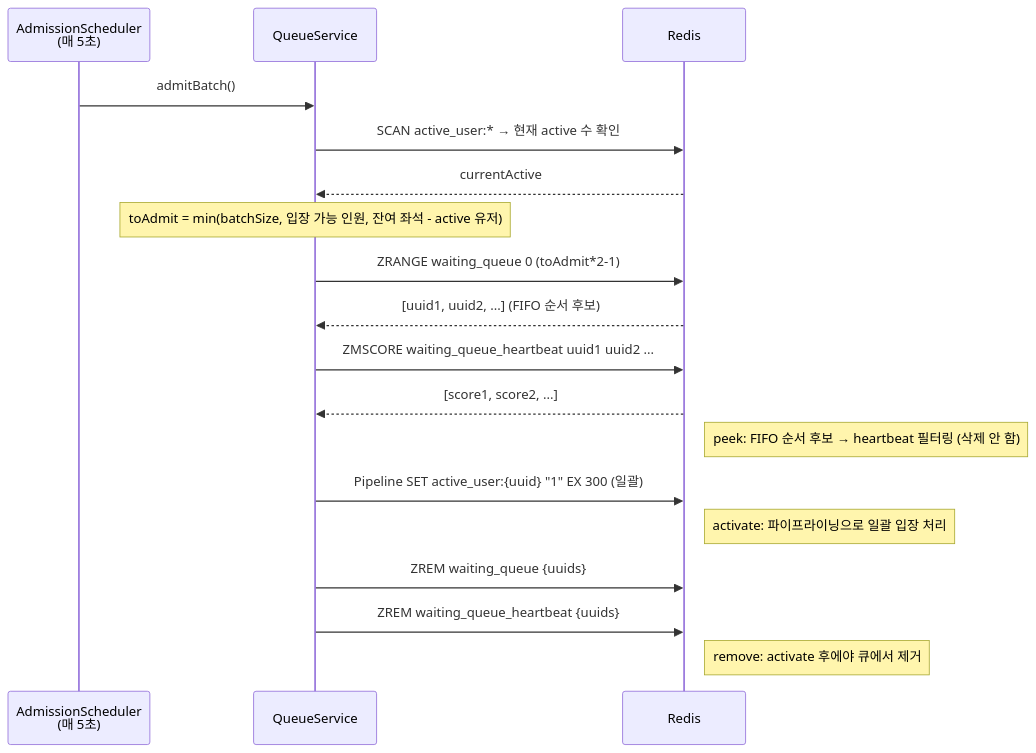
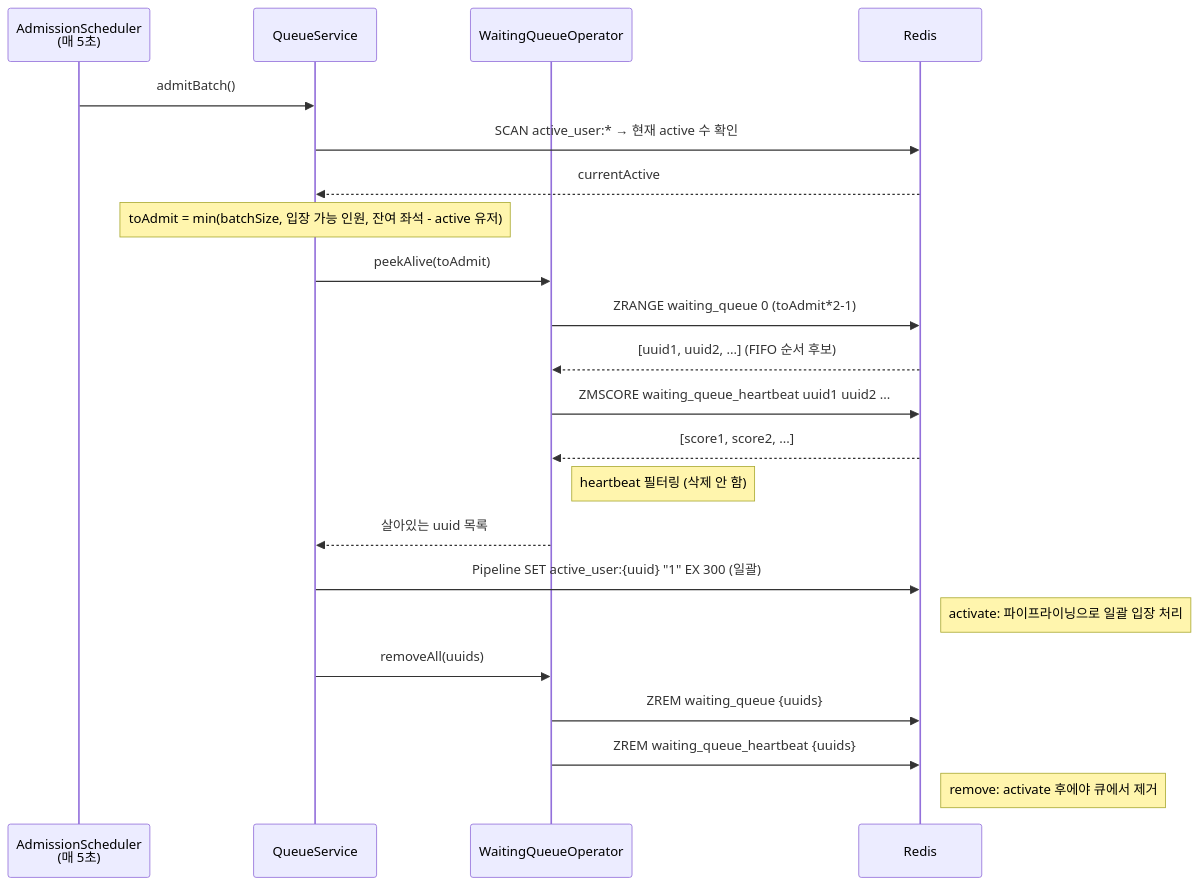
Before and after one commit to irnd04/zticket: the fourth of 7 diagrams in README.md, drawn with Mermaid. The commit also changed other lines of this file, not shown here.

First line of the commit message:
docs: README 다이어그램에 WaitingQueueOperator 반영

````diff
--- a/README.md
+++ b/README.md
@@ -134,26 +141,30 @@
 ```mermaid
 sequenceDiagram
     participant S as AdmissionScheduler<br/>(매 5초)
     participant Q as QueueService
+    participant O as WaitingQueueOperator
     participant R as Redis
 
     S->>Q: admitBatch()
 
     Q->>R: SCAN active_user:* → 현재 active 수 확인
     R-->>Q: currentActive
 
     Note over Q: toAdmit = min(batchSize, 입장 가능 인원, 잔여 좌석 - active 유저)
 
-    Q->>R: ZRANGE waiting_queue 0 (toAdmit*2-1)
-    R-->>Q: [uuid1, uuid2, ...] (FIFO 순서 후보)
-    Q->>R: ZMSCORE waiting_queue_heartbeat uuid1 uuid2 ...
-    R-->>Q: [score1, score2, ...]
-    Note right of R: peek: FIFO 순서 후보 → heartbeat 필터링 (삭제 안 함)
+    Q->>O: peekAlive(toAdmit)
+    O->>R: ZRANGE waiting_queue 0 (toAdmit*2-1)
+    R-->>O: [uuid1, uuid2, ...] (FIFO 순서 후보)
+    O->>R: ZMSCORE waiting_queue_heartbeat uuid1 uuid2 ...
+    R-->>O: [score1, score2, ...]
+    Note right of O: heartbeat 필터링 (삭제 안 함)
+    O-->>Q: 살아있는 uuid 목록
 
     Q->>R: Pipeline SET active_user:{uuid} "1" EX 300 (일괄)
     Note right of R: activate: 파이프라이닝으로 일괄 입장 처리
 
-    Q->>R: ZREM waiting_queue {uuids}
-    Q->>R: ZREM waiting_queue_heartbeat {uuids}
+    Q->>O: removeAll(uuids)
+    O->>R: ZREM waiting_queue {uuids}
+    O->>R: ZREM waiting_queue_heartbeat {uuids}
     Note right of R: remove: activate 후에야 큐에서 제거
 ```
````
